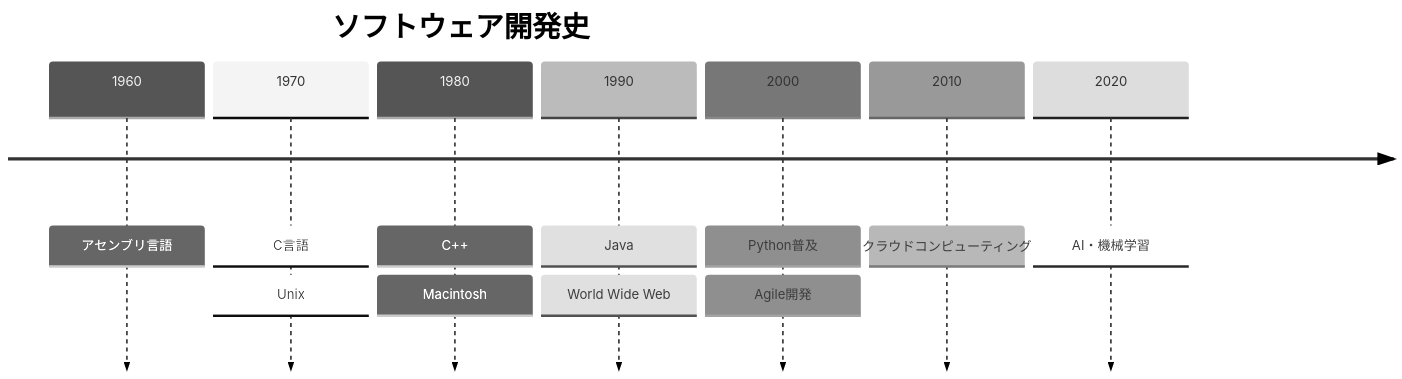
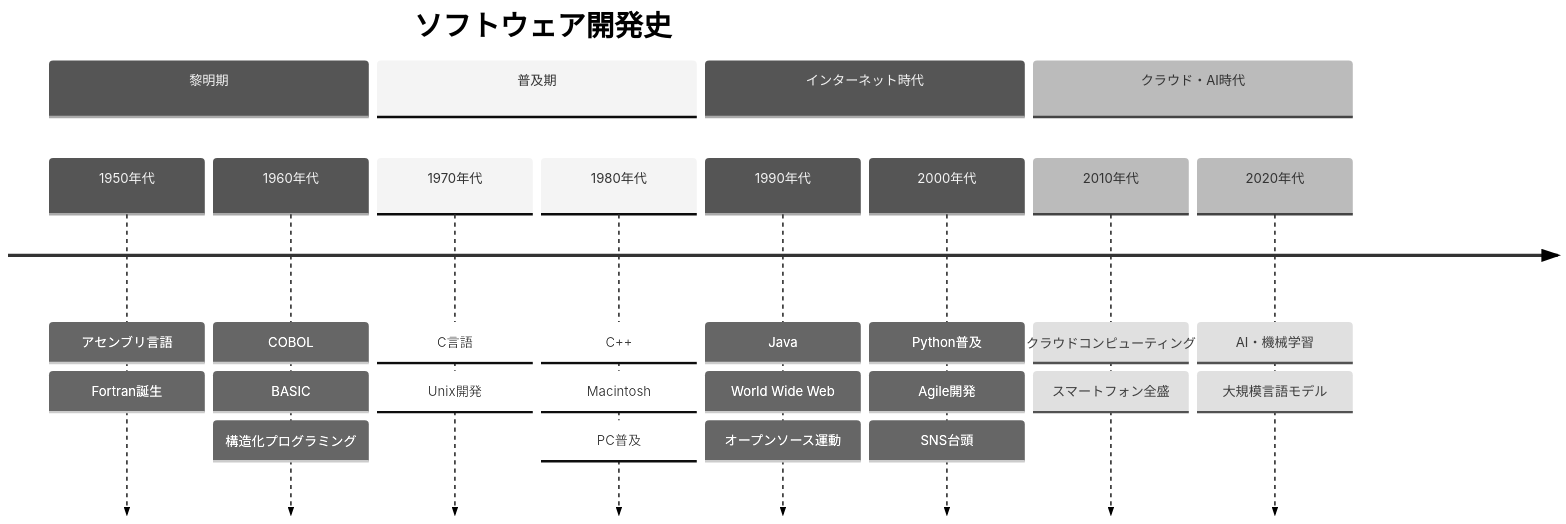
One commit to notfolder/qmd_to_pptx changed diagram 28 of 30 in tests/demo_full.qmd. Above: the diagram before and after it, drawn with Mermaid (neutral theme). The commit also changed other lines of this file and 7 other files, not shown here.

First line of the commit message:
Add timeline parsing and rendering tests for Mermaid timelines

````diff
--- a/tests/demo_full.qmd
+++ b/tests/demo_full.qmd
@@ -519,15 +577,16 @@
 ```mermaid
 timeline
     title ソフトウェア開発史
-    1960 : アセンブリ言語
-    1970 : C言語
-         : Unix
-    1980 : C++
-         : Macintosh
-    1990 : Java
-         : World Wide Web
-    2000 : Python普及
-         : Agile開発
-    2010 : クラウドコンピューティング
-    2020 : AI・機械学習
+    section 黎明期
+        1950年代 : アセンブリ言語 : Fortran誕生
+        1960年代 : COBOL : BASIC : 構造化プログラミング
+    section 普及期
+        1970年代 : C言語 : Unix開発
+        1980年代 : C++ : Macintosh : PC普及
+    section インターネット時代
+        1990年代 : Java : World Wide Web : オープンソース運動
+        2000年代 : Python普及 : Agile開発 : SNS台頭
+    section クラウド・AI時代
+        2010年代 : クラウドコンピューティング : スマートフォン全盛
+        2020年代 : AI・機械学習 : 大規模言語モデル
 ```
````
